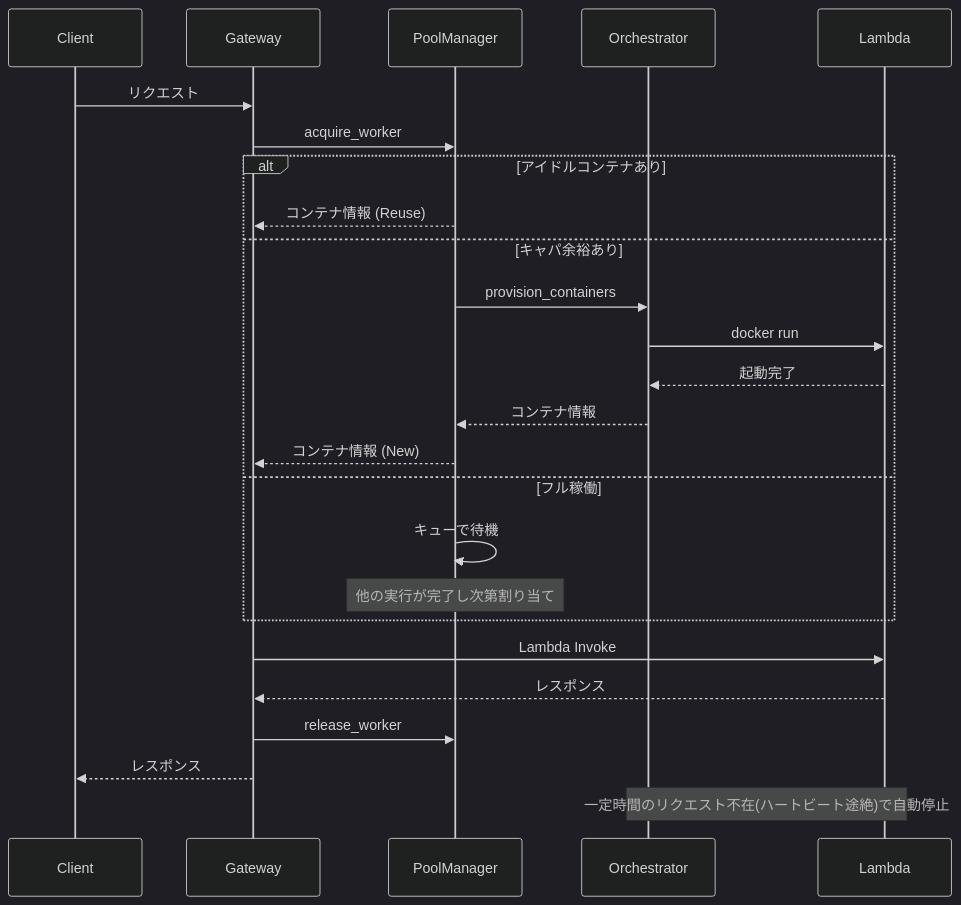
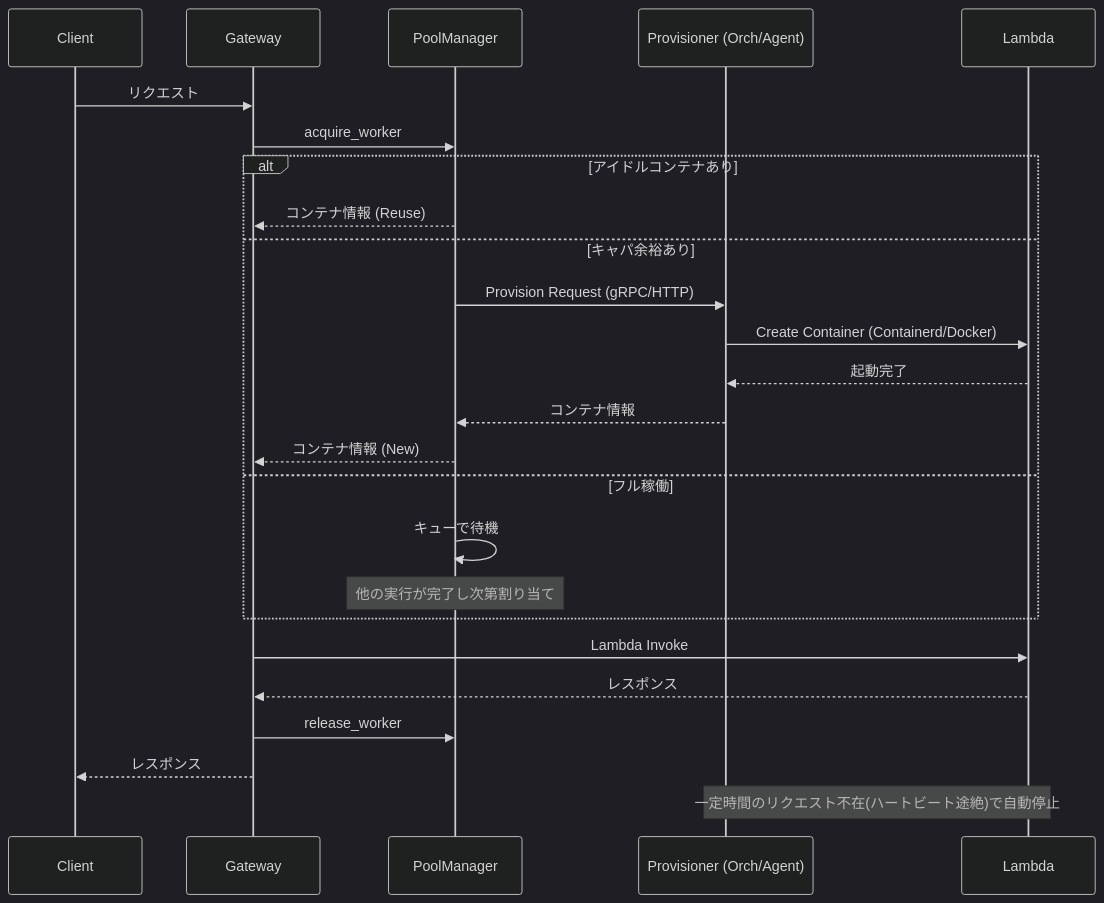
The third of 3 diagrams in docs/container-management.md (poruru-code/esb), drawn with Mermaid (dark theme) before and after one commit. The commit also changed other lines of this file and 16 other files, not shown here.

````diff
--- a/docs/container-management.md
+++ b/docs/container-management.md
@@ -80,31 +82,31 @@
 ```mermaid
 sequenceDiagram
     participant Client
     participant Gateway
     participant PoolManager
-    participant Orchestrator
+    participant Provisioner as Provisioner (Orch/Agent)
     participant Lambda
 
     Client->>Gateway: リクエスト
     Gateway->>PoolManager: acquire_worker
     
     alt アイドルコンテナあり
         PoolManager-->>Gateway: コンテナ情報 (Reuse)
     else キャパ余裕あり
-        PoolManager->>Orchestrator: provision_containers
-        Orchestrator->>Lambda: docker run
-        Lambda-->>Orchestrator: 起動完了
-        Orchestrator-->>PoolManager: コンテナ情報
+        PoolManager->>Provisioner: Provision Request (gRPC/HTTP)
+        Provisioner->>Lambda: Create Container (Containerd/Docker)
+        Lambda-->>Provisioner: 起動完了
+        Provisioner-->>PoolManager: コンテナ情報
         PoolManager-->>Gateway: コンテナ情報 (New)
     else フル稼働
         PoolManager->>PoolManager: キューで待機
         Note over PoolManager: 他の実行が完了し次第割り当て
     end
     
     Gateway->>Lambda: Lambda Invoke
     Lambda-->>Gateway: レスポンス
     Gateway->>PoolManager: release_worker
     Gateway-->>Client: レスポンス
     
-    Note over Orchestrator,Lambda: 一定時間のリクエスト不在(ハートビート途絶)で自動停止
+    Note over Provisioner,Lambda: 一定時間のリクエスト不在(ハートビート途絶)で自動停止
 ```
````
